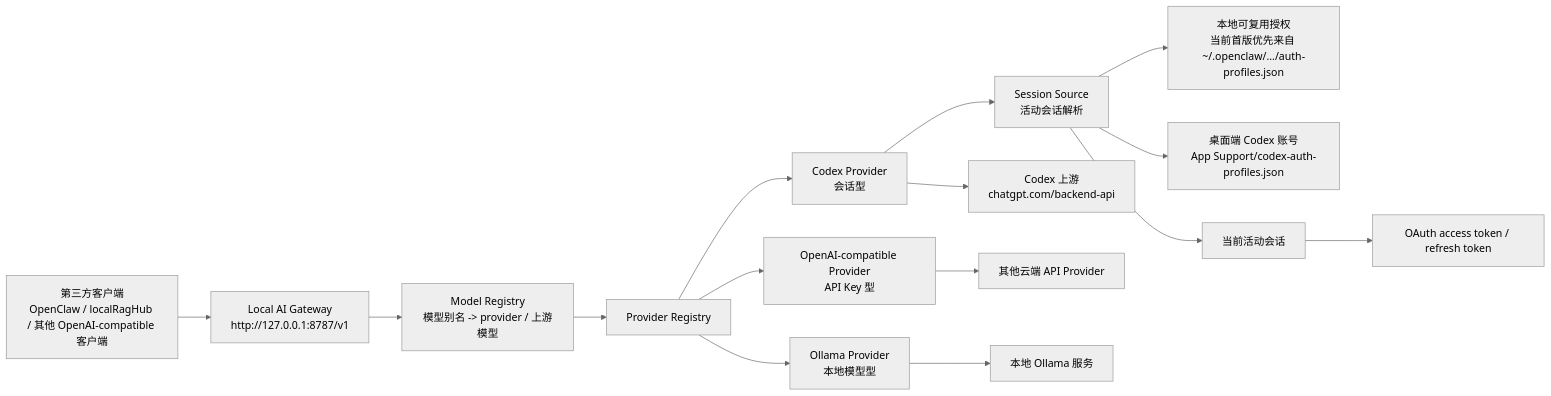
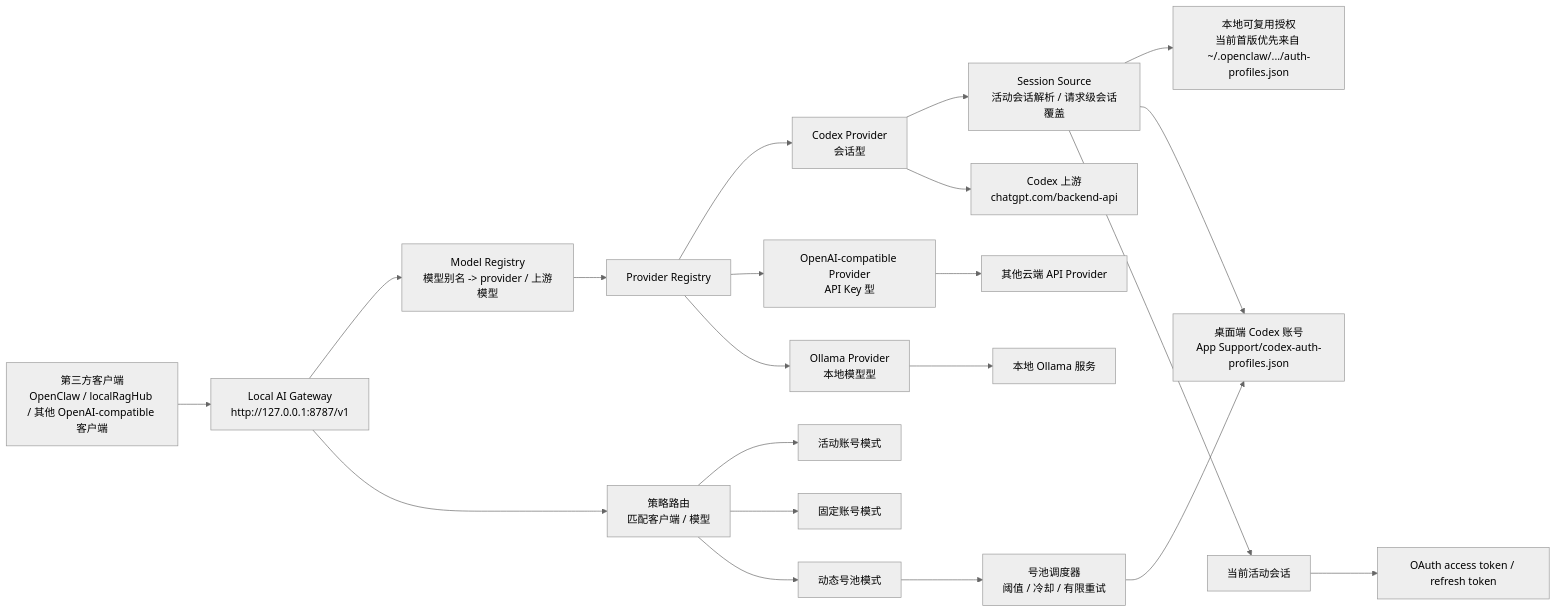
The diagram in docs/architecture/概念地图.md (Henery002/local-ai-gateway), drawn with Mermaid (neutral theme) before and after one commit. The commit also changed other lines of this file and 18 other files, not shown here.

````diff
--- a/docs/architecture/概念地图.md
+++ b/docs/architecture/概念地图.md
@@ -7,20 +7,27 @@
 ```mermaid
 flowchart LR
     A["第三方客户端<br/>OpenClaw / localRagHub / 其他 OpenAI-compatible 客户端"] --> B["Local AI Gateway<br/>http://127.0.0.1:8787/v1"]
     B --> C["Model Registry<br/>模型别名 -> provider / 上游模型"]
     C --> D["Provider Registry"]
 
     D --> E["Codex Provider<br/>会话型"]
     D --> F["OpenAI-compatible Provider<br/>API Key 型"]
     D --> G["Ollama Provider<br/>本地模型型"]
 
-    E --> H["Session Source<br/>活动会话解析"]
+    B --> P["策略路由<br/>匹配客户端 / 模型"]
+    P --> Q["活动账号模式"]
+    P --> R["固定账号模式"]
+    P --> S["动态号池模式"]
+
+    E --> H["Session Source<br/>活动会话解析 / 请求级会话覆盖"]
     H --> I["本地可复用授权<br/>当前首版优先来自 ~/.openclaw/.../auth-profiles.json"]
     H --> J["桌面端 Codex 账号<br/>App Support/codex-auth-profiles.json"]
     H --> K["当前活动会话"]
+    S --> T["号池调度器<br/>阈值 / 冷却 / 有限重试"]
+    T --> J
     K --> L["OAuth access token / refresh token"]
     E --> M["Codex 上游<br/>chatgpt.com/backend-api"]
 
     F --> N["其他云端 API Provider"]
     G --> O["本地 Ollama 服务"]
 ```
````
